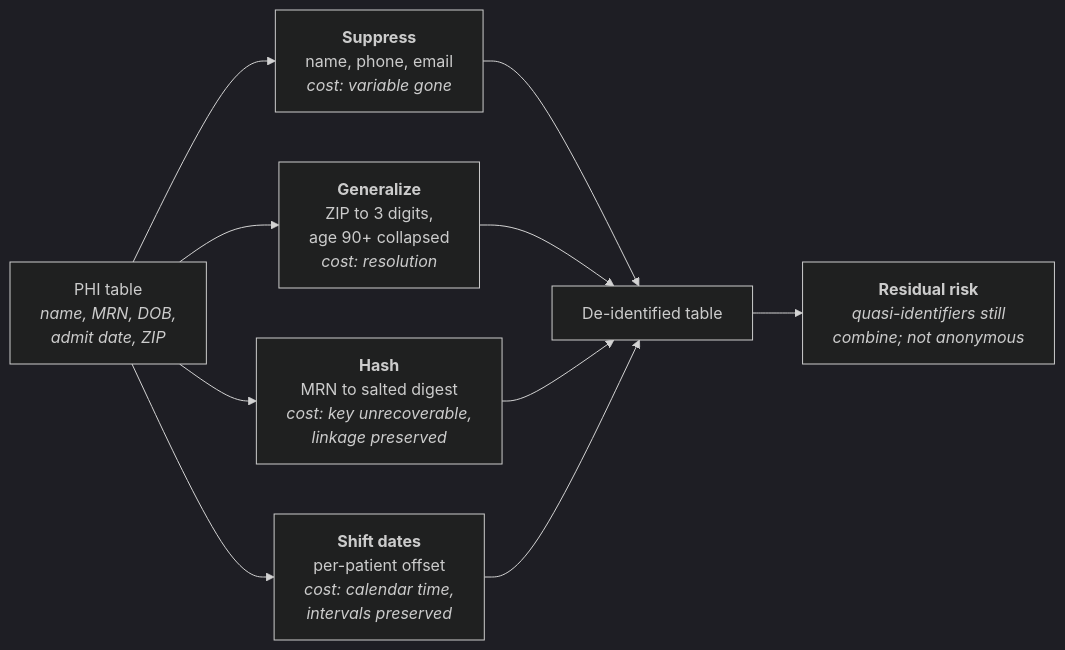
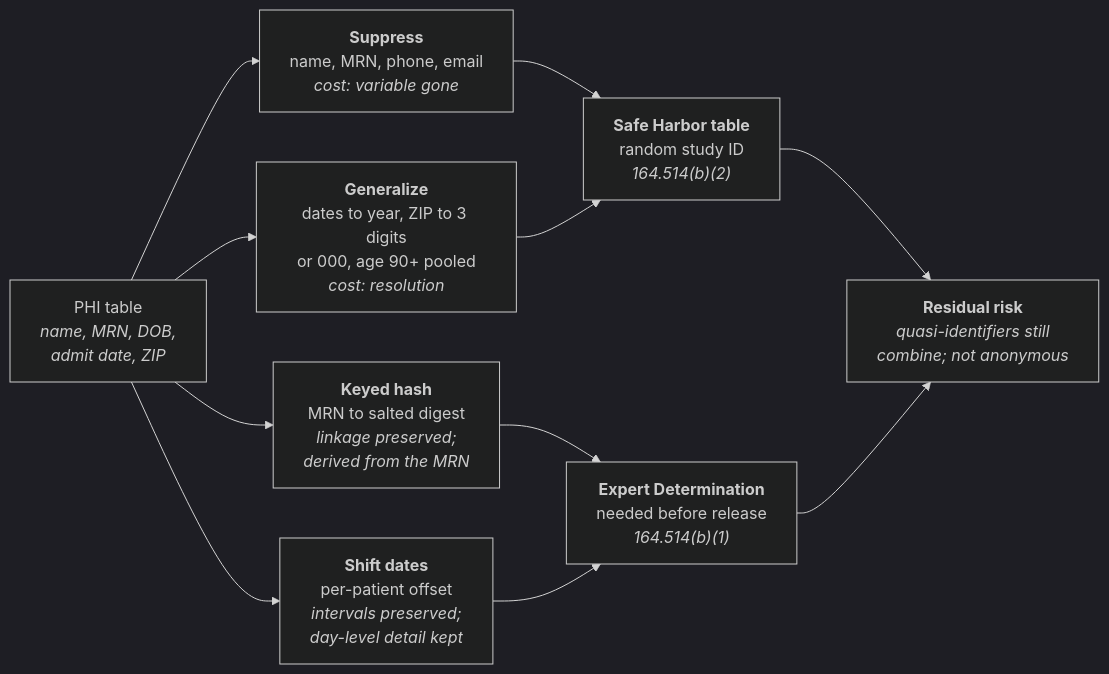
Before and after one commit to rgt47/practicum: the diagram in analysis/report/02b-deidentification.qmd, drawn with Mermaid (dark theme). The commit also changed other lines of this file and 77 other files, not shown here.

````diff
--- a/analysis/report/02b-deidentification.qmd
+++ b/analysis/report/02b-deidentification.qmd
@@ -193,29 +239,34 @@
 ```{mermaid}
 %%| echo: false
 %%| fig-alt: "Left-to-right flowchart. A PHI table branches into
-%%|   four parallel transformations, each labeled with what it
-%%|   costs: Suppress loses the variable, Generalize loses
-%%|   resolution, Hash makes the key unrecoverable while preserving
-%%|   linkage, and Shift dates loses calendar time while preserving
-%%|   intervals. All four converge on a de-identified table, which
-%%|   in turn leads to a residual-risk node noting that
-%%|   quasi-identifiers still combine and the result is not
-%%|   anonymous."
+%%|   four transformations. Suppress (cost: the variable is gone)
+%%|   and Generalize (dates to year, restricted ZIP prefixes to
+%%|   000, ages 90 and over pooled; cost: resolution) lead to a
+%%|   Safe Harbor table with a random study ID. Keyed hash
+%%|   (linkage preserved, but derived from the MRN) and Shift
+%%|   dates (intervals preserved, day-level detail retained) lead
+%%|   to a separate table that is de-identified only after an
+%%|   Expert Determination. Both tables lead to a residual-risk
+%%|   node noting that quasi-identifiers still combine and the
+%%|   result is not anonymous."
 %%| label: fig-deident-pipeline
-%%| fig-cap: "The four Safe Harbor transformations and what each
-%%|   gives up. Suppression loses the variable; generalization loses
-%%|   resolution; hashing keeps linkage but destroys the key; date
-%%|   shifting keeps within-patient intervals but destroys calendar
-%%|   time. What survives is not anonymous, only de-identified."
+%%| fig-cap: "Four disclosure-control transformations and the
+%%|   HIPAA pathway each belongs to. Suppression and generalization
+%%|   implement Safe Harbor (45 CFR 164.514(b)(2)). Keyed hashing
+%%|   and date shifting keep linkage and intervals, and with them
+%%|   detail that Safe Harbor forbids, so they require Expert
+%%|   Determination (164.514(b)(1)). What survives either route is
+%%|   not anonymous, only de-identified."
 flowchart LR
   P["PHI table<br/><i>name, MRN, DOB,<br/>admit date, ZIP</i>"]
-  P --> S["<b>Suppress</b><br/>name, phone, email<br/><i>cost: variable gone</i>"]
-  P --> G["<b>Generalize</b><br/>ZIP to 3 digits,<br/>age 90+ collapsed<br/><i>cost: resolution</i>"]
-  P --> H["<b>Hash</b><br/>MRN to salted digest<br/><i>cost: key unrecoverable,<br/>linkage preserved</i>"]
-  P --> D["<b>Shift dates</b><br/>per-patient offset<br/><i>cost: calendar time,<br/>intervals preserved</i>"]
-  S --> R["De-identified table"]
-  G --> R
-  H --> R
-  D --> R
-  R --> Q["<b>Residual risk</b><br/><i>quasi-identifiers still<br/>combine; not anonymous</i>"]
+  P --> S["<b>Suppress</b><br/>name, MRN, phone, email<br/><i>cost: variable gone</i>"]
+  P --> G["<b>Generalize</b><br/>dates to year, ZIP to 3 digits<br/>or 000, age 90+ pooled<br/><i>cost: resolution</i>"]
+  P --> H["<b>Keyed hash</b><br/>MRN to salted digest<br/><i>linkage preserved;<br/>derived from the MRN</i>"]
+  P --> D["<b>Shift dates</b><br/>per-patient offset<br/><i>intervals preserved;<br/>day-level detail kept</i>"]
+  S --> SH["<b>Safe Harbor table</b><br/>random study ID<br/><i>164.514(b)(2)</i>"]
+  G --> SH
+  H --> ED["<b>Expert Determination</b><br/>needed before release<br/><i>164.514(b)(1)</i>"]
+  D --> ED
+  SH --> Q["<b>Residual risk</b><br/><i>quasi-identifiers still<br/>combine; not anonymous</i>"]
+  ED --> Q
 ```
````
